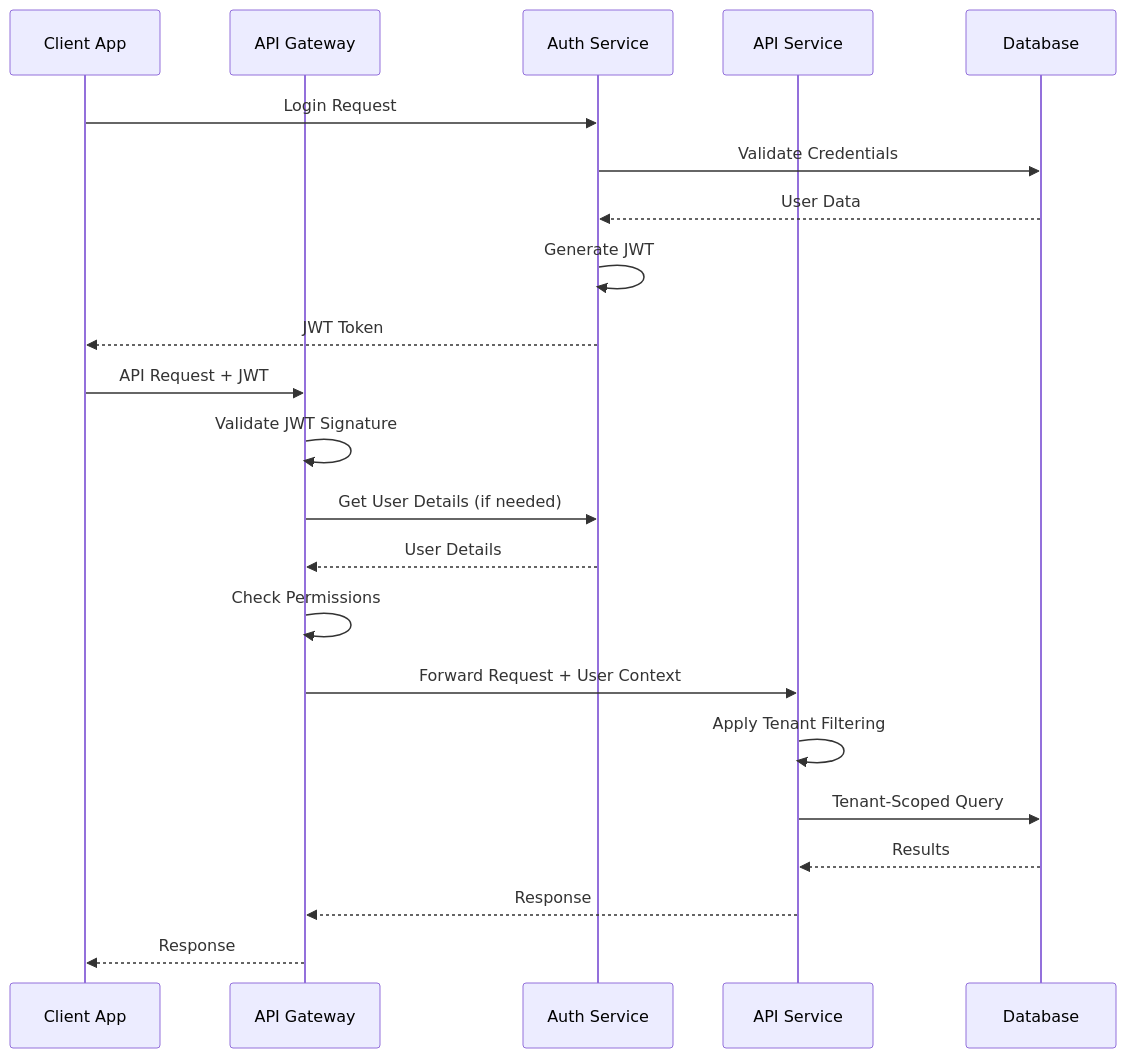
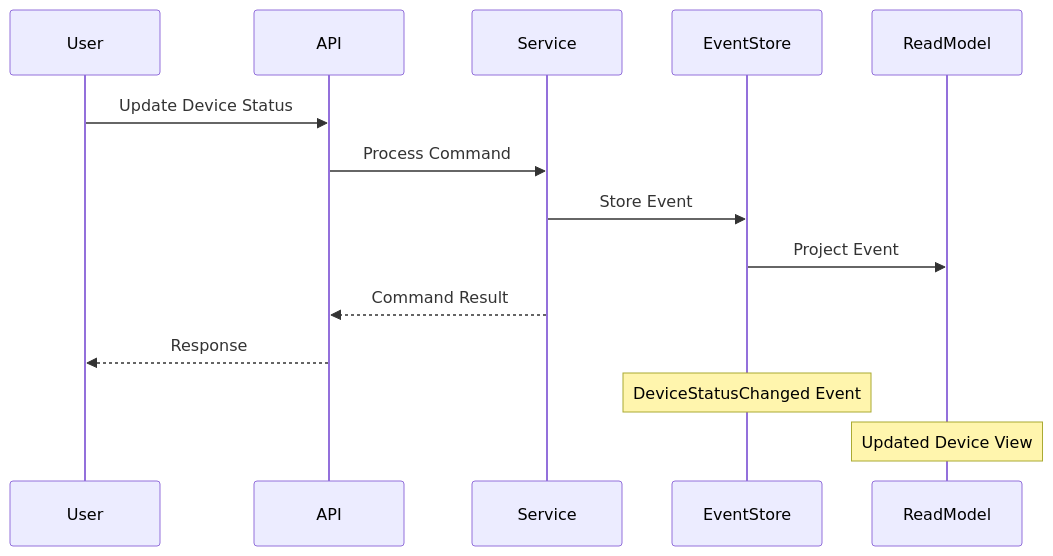
The fifth of 13 diagrams in docs/development/architecture/overview.md (flamingo-stack/openframe-oss-lib), drawn with Mermaid before and after one commit. The commit also changed other lines of this file and 130 other files, not shown here.

````diff
--- a/docs/development/architecture/overview.md
+++ b/docs/development/architecture/overview.md
@@ -512,26 +249,18 @@
 ```mermaid
 sequenceDiagram
-    participant Client as Client App
-    participant Gateway as API Gateway
-    participant AuthService as Auth Service
-    participant API as API Service
-    participant MongoDB as Database
+    participant User
+    participant API
+    participant Service
+    participant EventStore
+    participant ReadModel
     
-    Client->>AuthService: Login Request
-    AuthService->>MongoDB: Validate Credentials
-    MongoDB-->>AuthService: User Data
-    AuthService->>AuthService: Generate JWT
-    AuthService-->>Client: JWT Token
+    User->>API: Update Device Status
+    API->>Service: Process Command
+    Service->>EventStore: Store Event
+    EventStore->>ReadModel: Project Event
+    Service-->>API: Command Result
+    API-->>User: Response
     
-    Client->>Gateway: API Request + JWT
-    Gateway->>Gateway: Validate JWT Signature
-    Gateway->>AuthService: Get User Details (if needed)
-    AuthService-->>Gateway: User Details
-    Gateway->>Gateway: Check Permissions
-    Gateway->>API: Forward Request + User Context
-    API->>API: Apply Tenant Filtering
-    API->>MongoDB: Tenant-Scoped Query
-    MongoDB-->>API: Results
-    API-->>Gateway: Response
-    Gateway-->>Client: Response
+    Note over EventStore: DeviceStatusChanged Event
+    Note over ReadModel: Updated Device View
 ```
````
